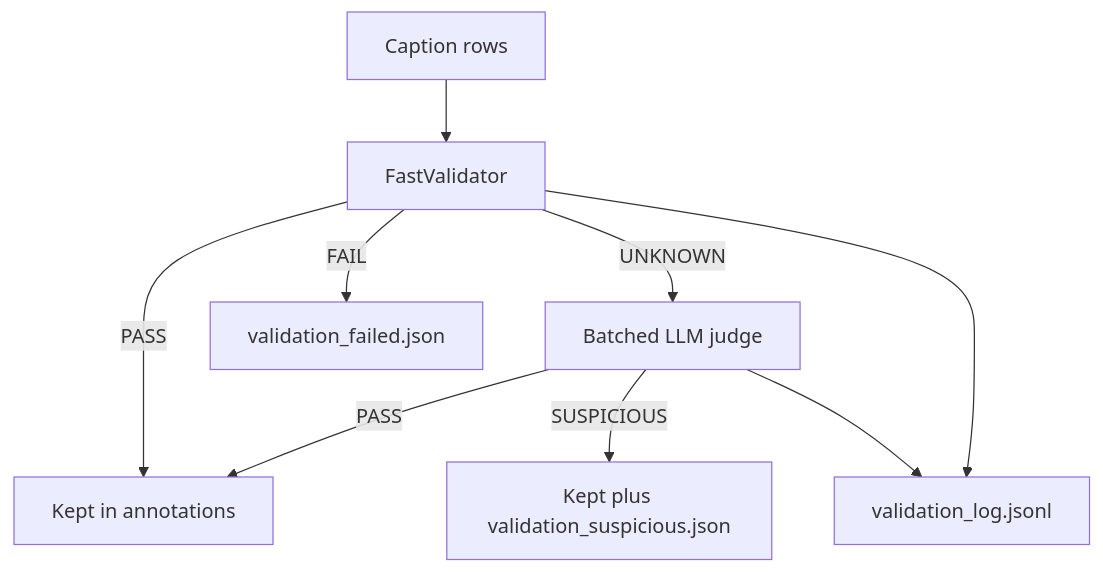
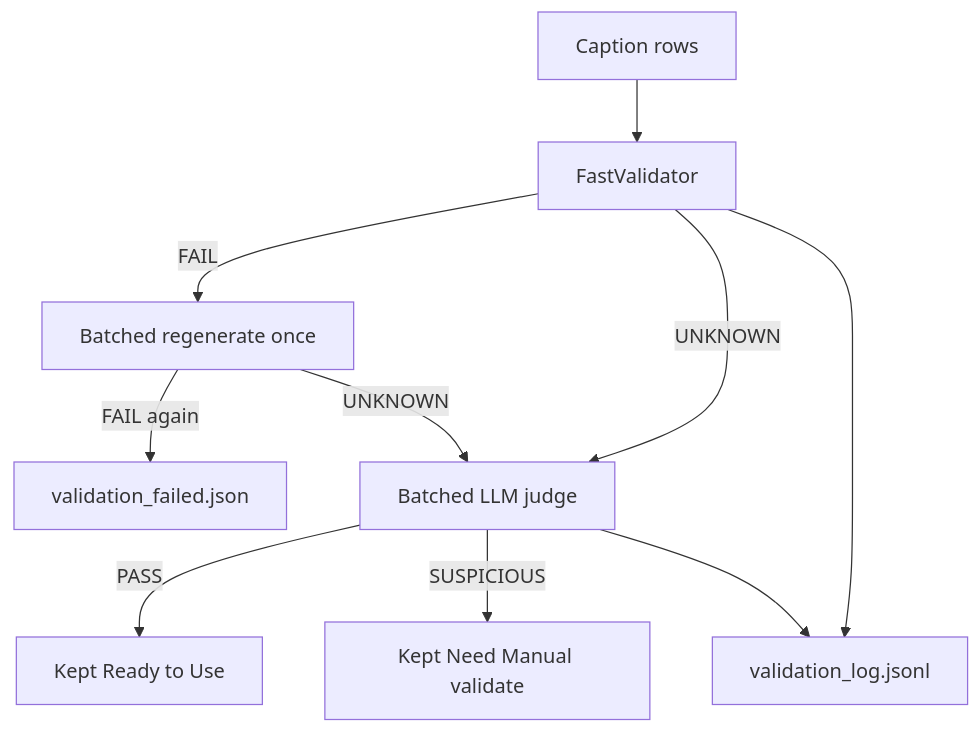
The diagram in QuestionDependentCaptionGenerator/validation/README.md (MahdiRuzmeh/ImageCaptioningImprovedVisualQuestionAnswering), drawn with Mermaid before and after one commit. The commit also changed other lines of this file and 17 other files, not shown here.

Commit message:
chore: Remove pass label from fast validator.

````diff
--- a/QuestionDependentCaptionGenerator/validation/README.md
+++ b/QuestionDependentCaptionGenerator/validation/README.md
@@ -13,11 +13,12 @@
 ```mermaid
 flowchart TD
   Rows[Caption rows] --> Fast[FastValidator]
-  Fast -->|PASS| Keep[Kept in annotations]
-  Fast -->|FAIL| Sidecar[validation_failed.json]
+  Fast -->|FAIL| Retry[Batched regenerate once]
+  Retry -->|FAIL again| Sidecar[validation_failed.json]
+  Retry -->|UNKNOWN| LLM
   Fast -->|UNKNOWN| LLM[Batched LLM judge]
-  LLM -->|PASS| Keep
-  LLM -->|SUSPICIOUS| KeepSus[Kept plus validation_suspicious.json]
+  LLM -->|PASS| Keep[Kept Ready to Use]
+  LLM -->|SUSPICIOUS| KeepSus[Kept Need Manual validate]
   Fast --> Log[validation_log.jsonl]
   LLM --> Log
 ```
````
